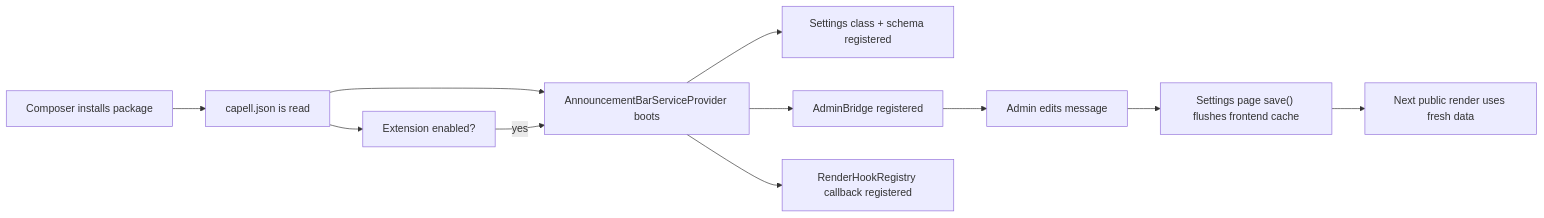
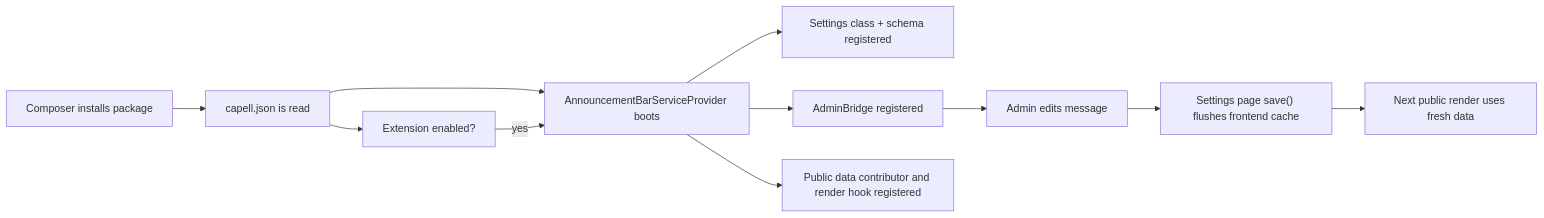
Before and after one commit to capell-app/capell: the diagram in docs/packages/build-extension-end-to-end.md, drawn with Mermaid. The commit also changed other lines of this file and 1 other file, not shown here.

Commit message:
Prepare Announcement Bar data before public rendering

````diff
--- a/docs/packages/build-extension-end-to-end.md
+++ b/docs/packages/build-extension-end-to-end.md
@@ -55,13 +56,13 @@
 ```mermaid
 flowchart LR
     Composer["Composer installs package"] --> Manifest["capell.json is read"]
     Manifest --> Provider["AnnouncementBarServiceProvider boots"]
     Manifest --> Enabled["Extension enabled?"]
     Enabled -->|"yes"| Provider
     Provider --> Settings["Settings class + schema registered"]
     Provider --> Admin["AdminBridge registered"]
-    Provider --> Frontend["RenderHookRegistry callback registered"]
+    Provider --> Frontend["Public data contributor and render hook registered"]
     Admin --> Editor["Admin edits message"]
     Editor --> Save["Settings page save() flushes frontend cache"]
     Save --> Public["Next public render uses fresh data"]
 ```
````
